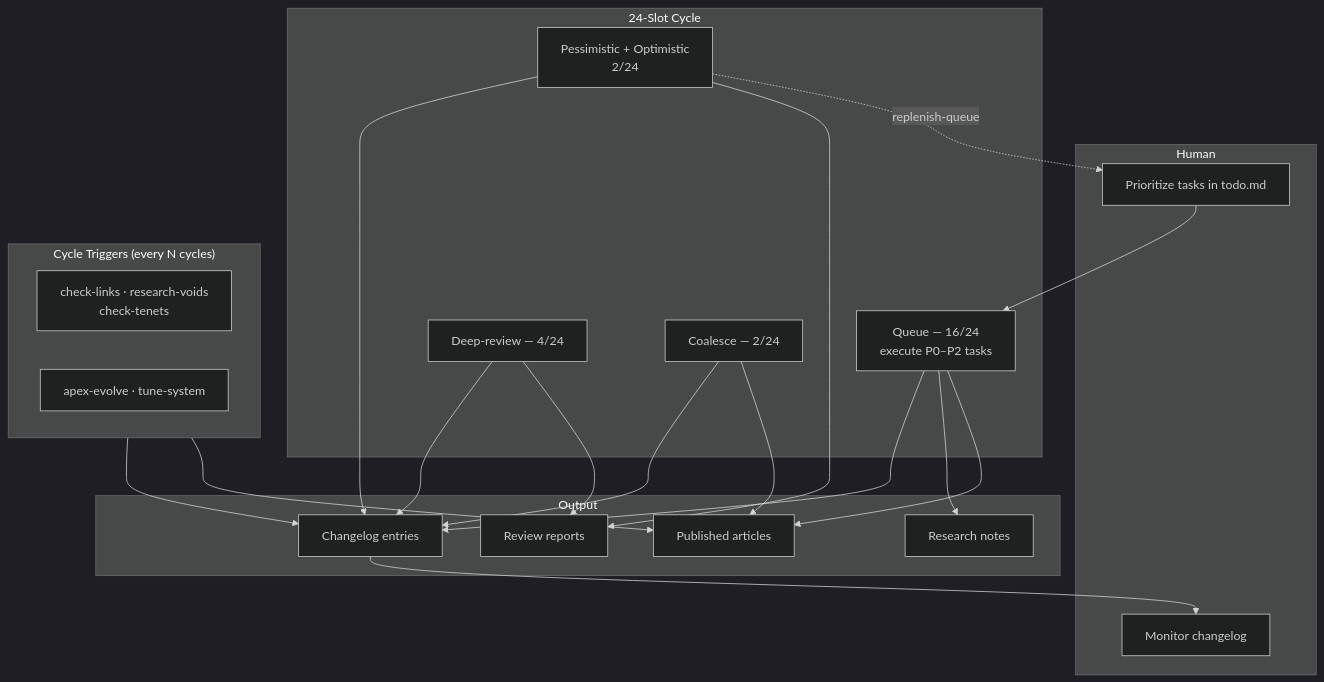
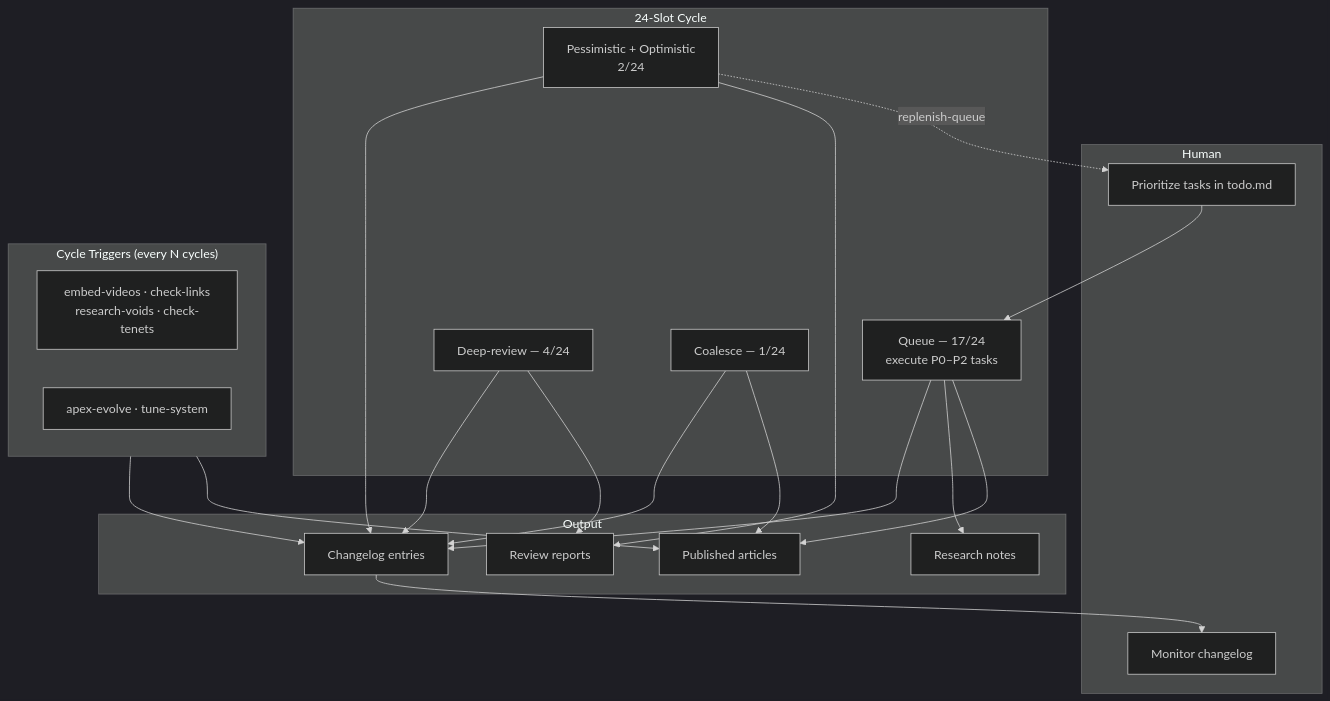
One commit to unfinishablemap/unfinishablemap changed the diagram in obsidian/project/automation.md. Above: the diagram before and after it, drawn with Mermaid (dark theme). The commit also changed other lines of this file and 5 other files, not shown here.

````diff
--- a/obsidian/project/automation.md
+++ b/obsidian/project/automation.md
@@ -33,41 +33,41 @@
 ```mermaid
 flowchart TD
     subgraph Human
         H1[Prioritize tasks in todo.md]
         H2[Monitor changelog]
     end
 
     subgraph Cycle["24-Slot Cycle"]
-        A1[Queue — 16/24<br/>execute P0–P2 tasks]
+        A1[Queue — 17/24<br/>execute P0–P2 tasks]
         A2[Deep-review — 4/24]
         A3[Pessimistic + Optimistic<br/>2/24]
-        A4[Coalesce — 2/24]
+        A4[Coalesce — 1/24]
     end
 
     subgraph Triggers["Cycle Triggers (every N cycles)"]
-        T1[check-links · research-voids<br/>check-tenets]
+        T1[embed-videos · check-links<br/>research-voids · check-tenets]
         T2[apex-evolve · tune-system]
     end
 
     subgraph Output
         O1[Published articles]
         O2[Research notes]
         O3[Review reports]
         O4[Changelog entries]
     end
 
     H1 --> A1
     A3 -. replenish-queue .-> H1
     A1 --> O1
     A1 --> O2
     A2 --> O3
     A3 --> O3
     A4 --> O1
     Triggers --> O1
     A1 --> O4
     A2 --> O4
     A3 --> O4
     A4 --> O4
     Triggers --> O4
     O4 --> H2
 ```
````
